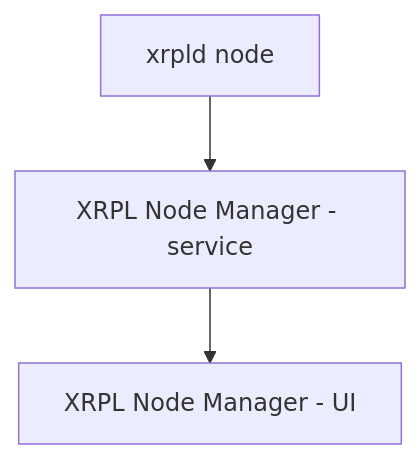
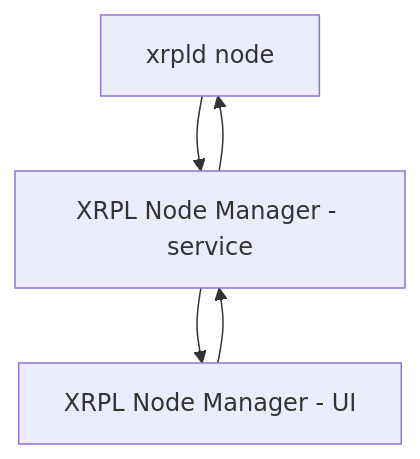
The diagram in README.md (elmurci/xrpl-node-manager), drawn with Mermaid before and after one commit.

Commit message:
docs: fix diagram format

````diff
--- a/README.md
+++ b/README.md
@@ -9,5 +9,7 @@
 ```mermaid
 graph TD
     A[xrpld node] -->B[XRPL Node Manager - service]
+    B[XRPL Node Manager - service] -->A[xrpld node]
     B[XRPL Node Manager - service]-->C[XRPL Node Manager - UI]
+    C[XRPL Node Manager - UI]-->B[XRPL Node Manager - service]
 ```
````
